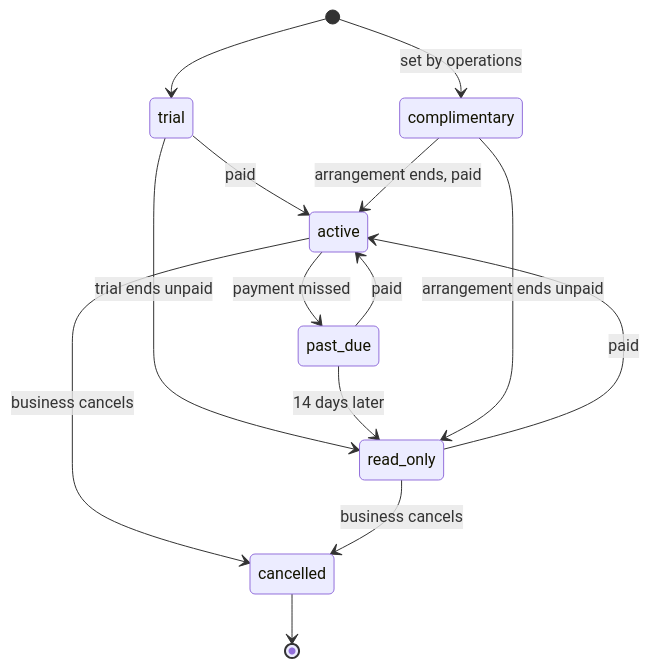
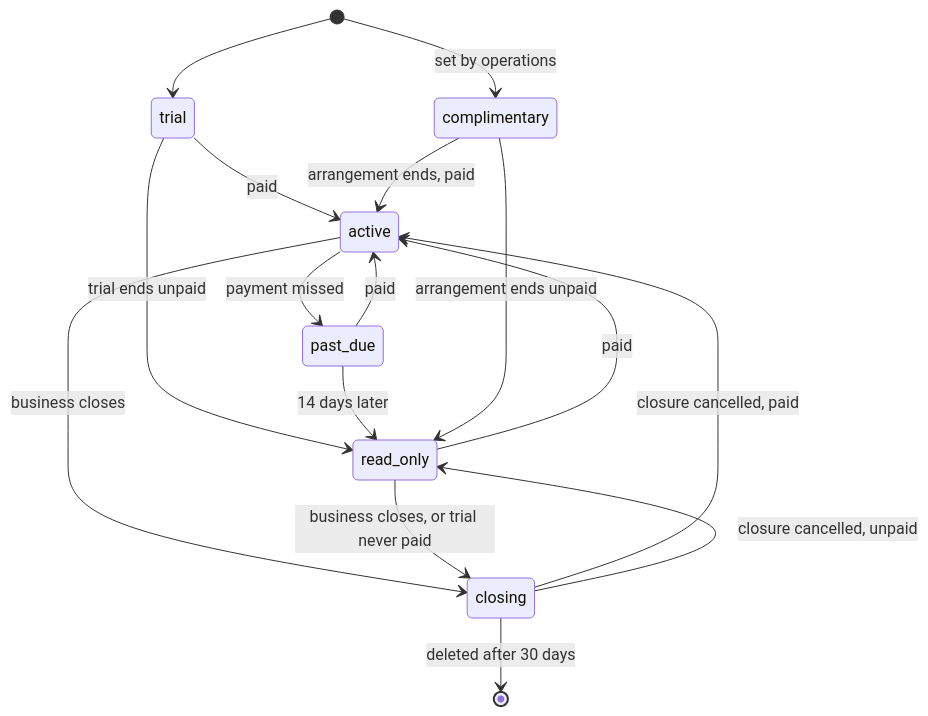
Before and after one commit to signboard-works/signboard: the diagram in docs/engineering/decisions/0047-sign-up-plans-and-billing.md, drawn with Mermaid. The commit also changed other lines of this file and 7 other files, not shown here.

````diff
--- a/docs/engineering/decisions/0047-sign-up-plans-and-billing.md
+++ b/docs/engineering/decisions/0047-sign-up-plans-and-billing.md
@@ -64,16 +63,18 @@
 ```mermaid
 stateDiagram-v2
     [*] --> trial
     [*] --> complimentary: set by operations
     trial --> active: paid
     trial --> read_only: trial ends unpaid
     active --> past_due: payment missed
     past_due --> active: paid
     past_due --> read_only: 14 days later
     read_only --> active: paid
-    active --> cancelled: business cancels
-    read_only --> cancelled: business cancels
     complimentary --> active: arrangement ends, paid
     complimentary --> read_only: arrangement ends unpaid
-    cancelled --> [*]
+    active --> closing: business closes
+    read_only --> closing: business closes, or trial never paid
+    closing --> active: closure cancelled, paid
+    closing --> read_only: closure cancelled, unpaid
+    closing --> [*]: deleted after 30 days
 ```
````
